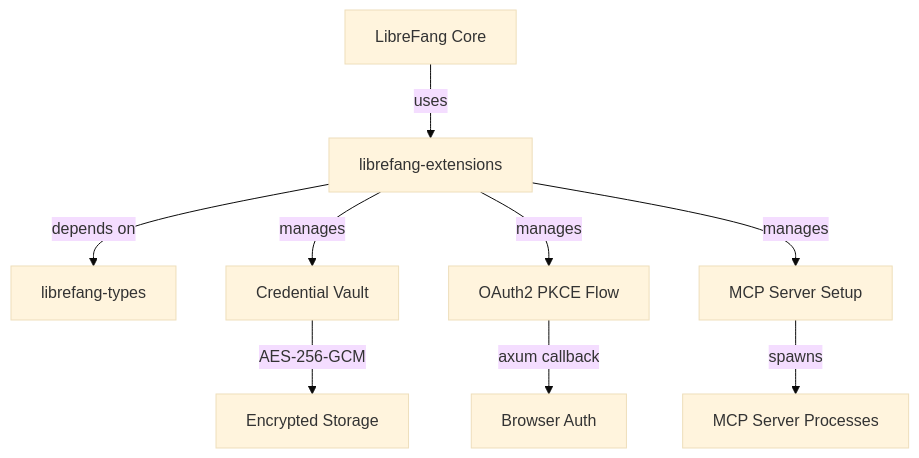
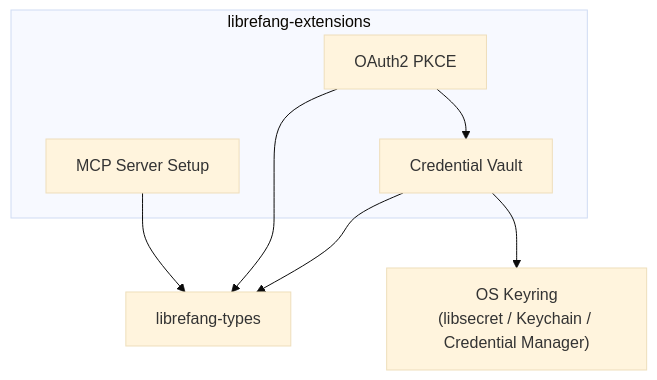
Before and after one commit to leszek3737/librefang-WIki: the diagram in other-librefang-extensions.md, drawn with Mermaid (base theme). The commit also changed other lines of this file and 100 other files, not shown here.

````diff
--- a/other-librefang-extensions.md
+++ b/other-librefang-extensions.md
@@ -17,11 +13,17 @@
 ```mermaid
 graph TD
-    LF["LibreFang Core"] -->|uses| EXT["librefang-extensions"]
-    EXT -->|depends on| TYPES["librefang-types"]
-    EXT -->|manages| VAULT["Credential Vault"]
-    EXT -->|manages| OAUTH["OAuth2 PKCE Flow"]
-    EXT -->|manages| MCP["MCP Server Setup"]
-    VAULT -->|AES-256-GCM| DISK["Encrypted Storage"]
-    OAUTH -->|axum callback| BROWSER["Browser Auth"]
-    MCP -->|spawns| SERVERS["MCP Server Processes"]
+    subgraph "librefang-extensions"
+        MCP["MCP Server Setup"]
+        Vault["Credential Vault"]
+        OAuth["OAuth2 PKCE"]
+    end
+
+    Types["librefang-types"]
+    Keyring["OS Keyring<br/>(libsecret / Keychain / Credential Manager)"]
+
+    MCP --> Types
+    Vault --> Types
+    OAuth --> Types
+    Vault --> Keyring
+    OAuth --> Vault
 ```
````
